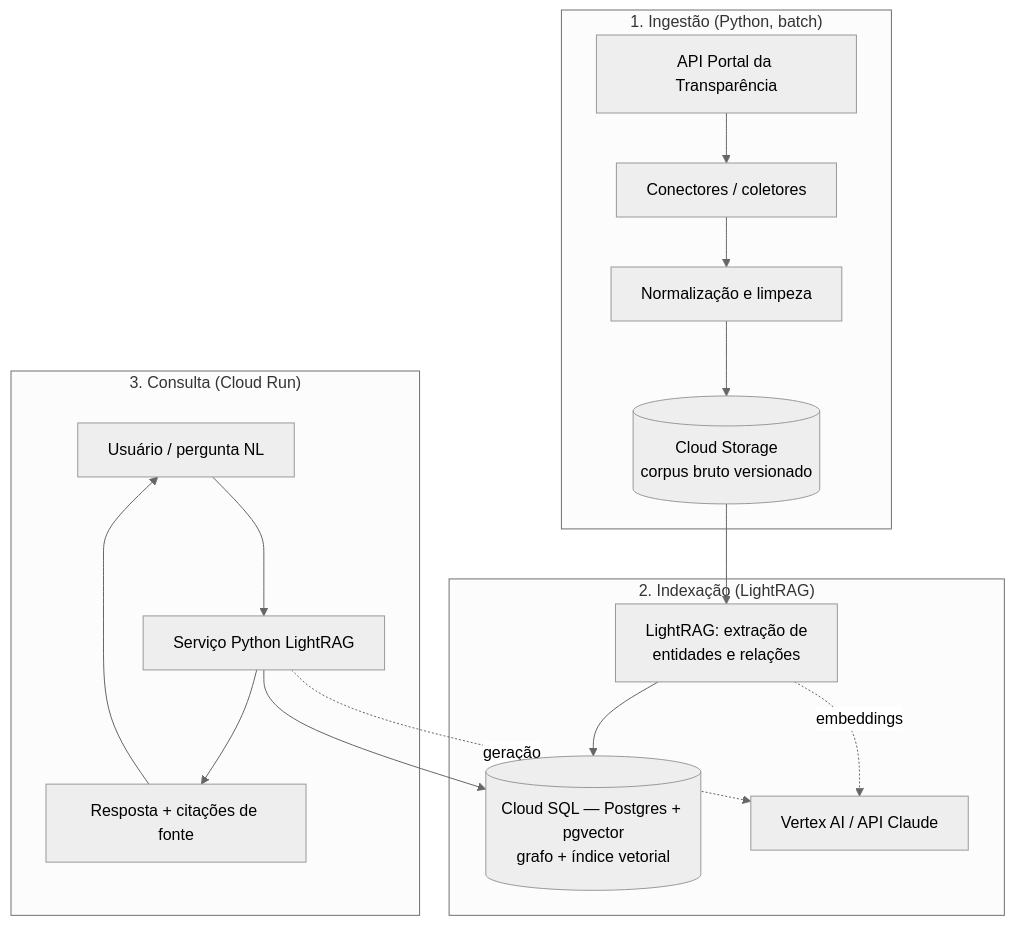
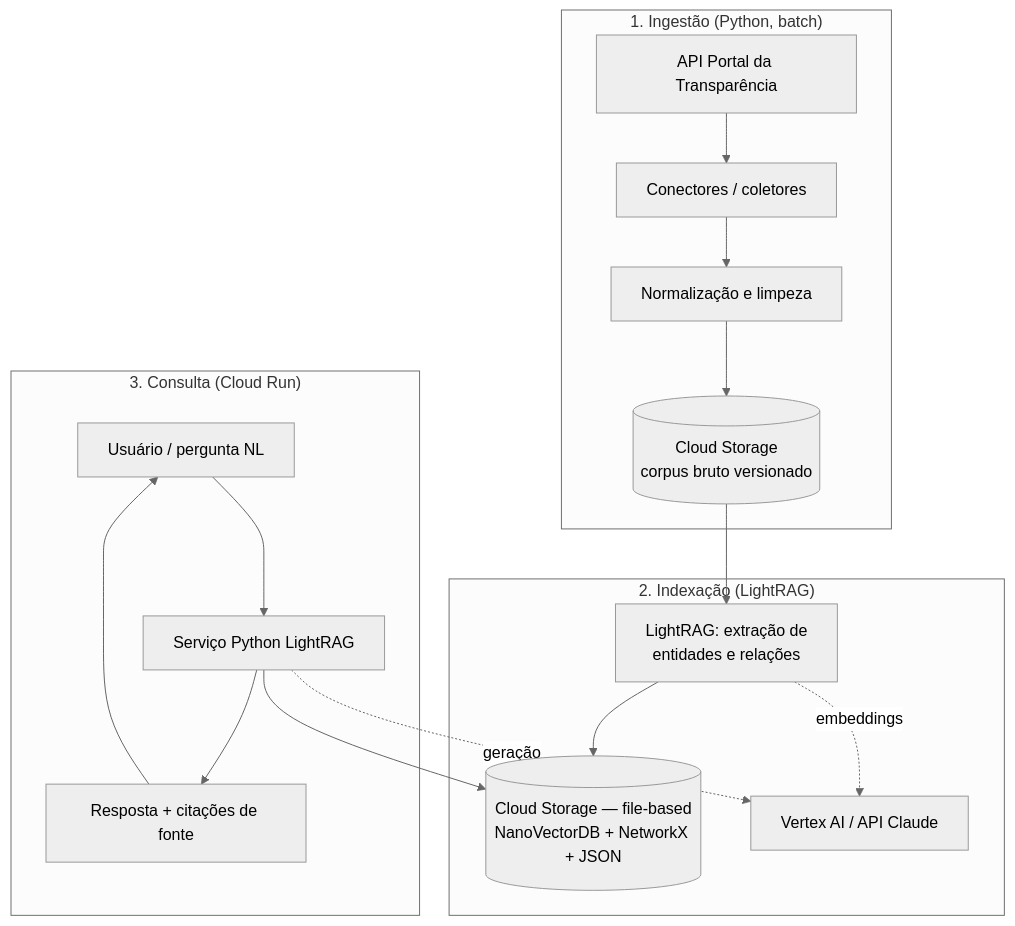
The diagram in docs/spec/03-architecture.md (spassos/ai-rag), drawn with Mermaid (neutral theme) before and after one commit. The commit also changed other lines of this file and 4 other files, not shown here.

First line of the commit message:
docs: adotar armazenamento file-based no Cloud Storage (sem Cloud SQL)

````diff
--- a/docs/spec/03-architecture.md
+++ b/docs/spec/03-architecture.md
@@ -9,22 +9,22 @@
 ```mermaid
 flowchart TD
     subgraph Ingestao["1. Ingestão (Python, batch)"]
         A[API Portal da Transparência] --> B[Conectores / coletores]
         B --> C[Normalização e limpeza]
         C --> D[(Cloud Storage<br/>corpus bruto versionado)]
     end
 
     subgraph Indexacao["2. Indexação (LightRAG)"]
         D --> E[LightRAG: extração de<br/>entidades e relações]
-        E --> F[(Cloud SQL — Postgres + pgvector<br/>grafo + índice vetorial)]
+        E --> F[(Cloud Storage — file-based<br/>NanoVectorDB + NetworkX + JSON)]
         E -. embeddings .-> G[Vertex AI / API Claude]
     end
 
     subgraph Consulta["3. Consulta (Cloud Run)"]
         H[Usuário / pergunta NL] --> I[Serviço Python LightRAG]
         I --> F
         I -. geração .-> G
         I --> J[Resposta + citações de fonte]
         J --> H
     end
 ```
````
